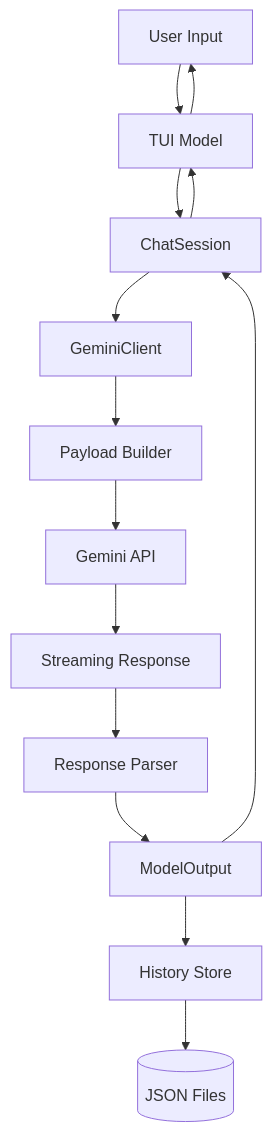
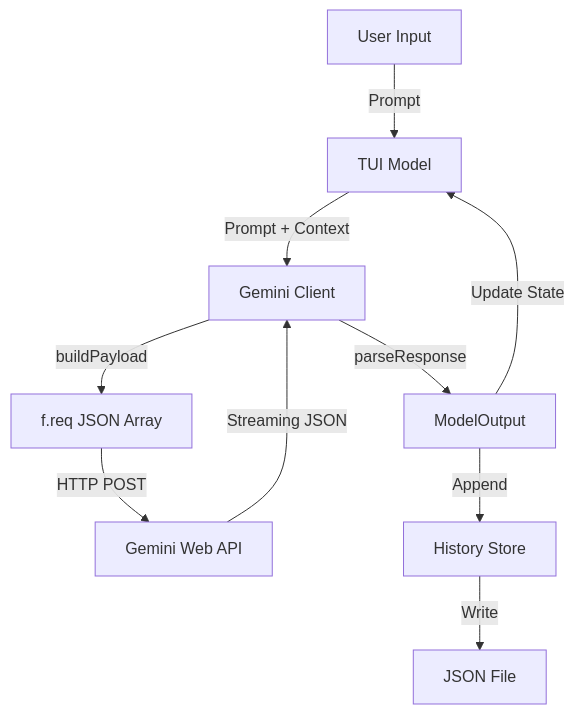
The first of 2 diagrams in .ai/docs/data_flow_analysis.md (quantmind-br/geminiweb-go), drawn with Mermaid before and after one commit. The commit also changed other lines of this file and 58 other files, not shown here.

````diff
--- a/.ai/docs/data_flow_analysis.md
+++ b/.ai/docs/data_flow_analysis.md
@@ -64,16 +94,12 @@
 ```mermaid
 graph TD
-    User[User Input] --> TUI[TUI Model]
-    TUI --> Session[ChatSession]
-    Session --> Client[GeminiClient]
-    Client --> Payload[Payload Builder]
-    Payload --> API[Gemini API]
-    API --> Stream[Streaming Response]
-    Stream --> Parser[Response Parser]
-    Parser --> Output[ModelOutput]
-    Output --> Session
-    Output --> History[History Store]
-    History --> Disk[(JSON Files)]
-    Session --> TUI
-    TUI --> User
+    User[User Input] -->|Prompt| TUI[TUI Model]
+    TUI -->|Prompt + Context| Client[Gemini Client]
+    Client -->|buildPayload| Payload[f.req JSON Array]
+    Payload -->|HTTP POST| API[Gemini Web API]
+    API -->|Streaming JSON| Client
+    Client -->|parseResponse| Output[ModelOutput]
+    Output -->|Append| History[History Store]
+    Output -->|Update State| TUI
+    History -->|Write| Disk[JSON File]
 ```
````
